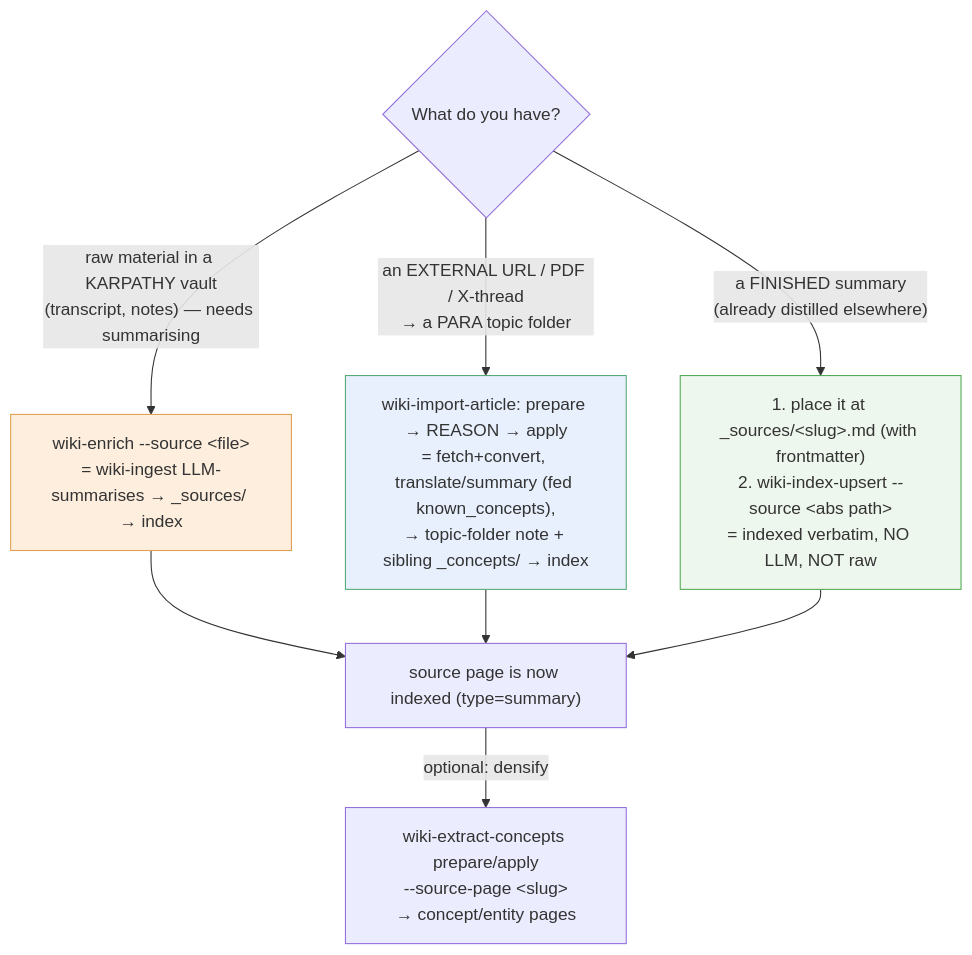
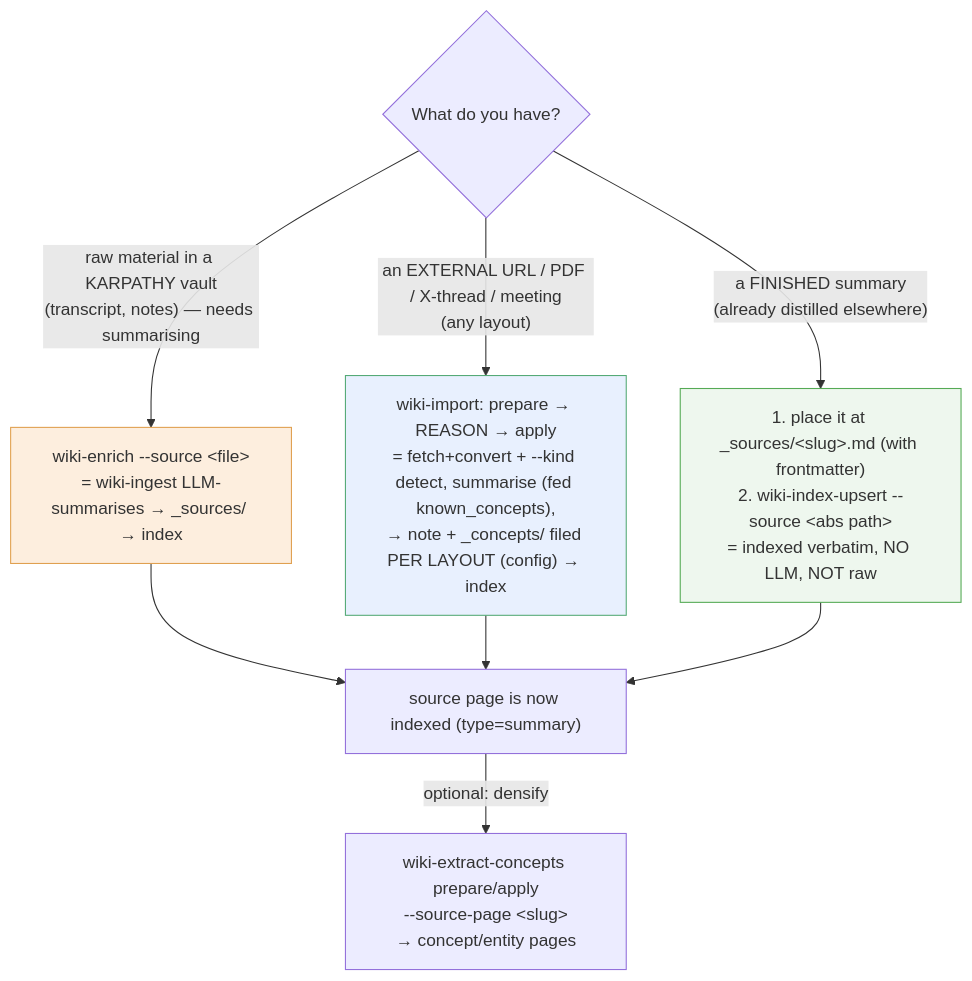
One commit to MatrixFounder/llm-wiki changed the third of 8 diagrams in docs/manuals/obsidian-llm-wiki_manual.md. Above: the diagram before and after it, drawn with Mermaid. The commit also changed other lines of this file and 9 other files, not shown here.

````diff
--- a/docs/manuals/obsidian-llm-wiki_manual.md
+++ b/docs/manuals/obsidian-llm-wiki_manual.md
@@ -413,17 +413,17 @@
 ```mermaid
 flowchart TD
     Q{"What do you have?"}
     Q -->|"raw material in a KARPATHY vault<br/>(transcript, notes) — needs summarising"| ENR["wiki-enrich --source &lt;file&gt;<br/>= wiki-ingest LLM-summarises → _sources/ → index"]
-    Q -->|"an EXTERNAL URL / PDF / X-thread<br/>→ a PARA topic folder"| IMP["wiki-import-article: prepare → REASON → apply<br/>= fetch+convert, translate/summary (fed known_concepts),<br/>→ topic-folder note + sibling _concepts/ → index"]
+    Q -->|"an EXTERNAL URL / PDF / X-thread / meeting<br/>(any layout)"| IMP["wiki-import: prepare → REASON → apply<br/>= fetch+convert + --kind detect, summarise (fed known_concepts),<br/>→ note + _concepts/ filed PER LAYOUT (config) → index"]
     Q -->|"a FINISHED summary<br/>(already distilled elsewhere)"| REG["1. place it at _sources/&lt;slug&gt;.md (with frontmatter)<br/>2. wiki-index-upsert --source &lt;abs path&gt;<br/>= indexed verbatim, NO LLM, NOT raw"]
     ENR --> IDX["source page is now indexed (type=summary)"]
     IMP --> IDX
     REG --> IDX
     IDX -->|"optional: densify"| EXT["wiki-extract-concepts prepare/apply<br/>--source-page &lt;slug&gt;<br/>→ concept/entity pages"]
     classDef raw fill:#fdeede,stroke:#e0a050;
     classDef premade fill:#eef7ee,stroke:#5a5;
     classDef para fill:#e8f0fe,stroke:#5a7;
     class ENR raw;
     class REG premade;
     class IMP para;
 ```
````
